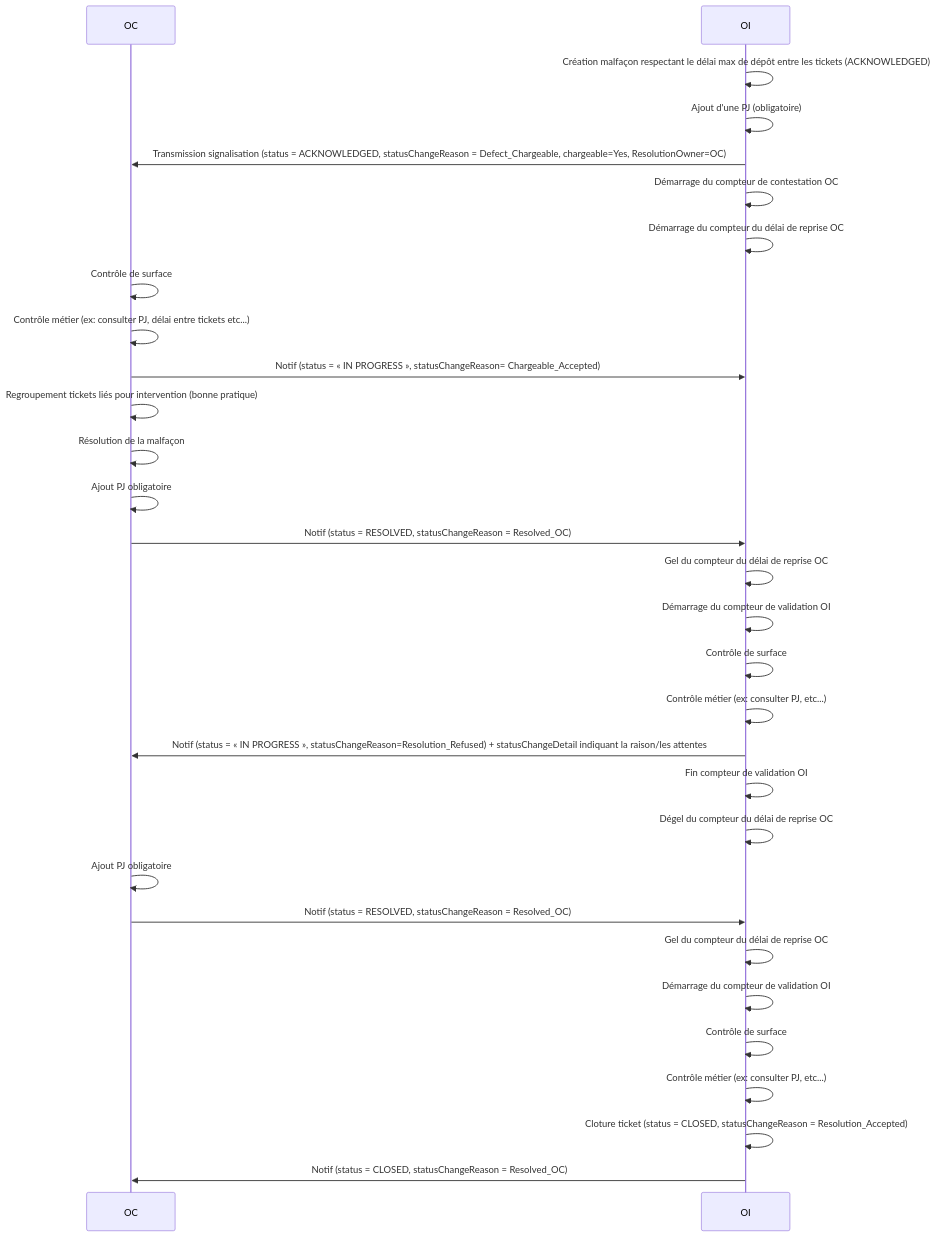
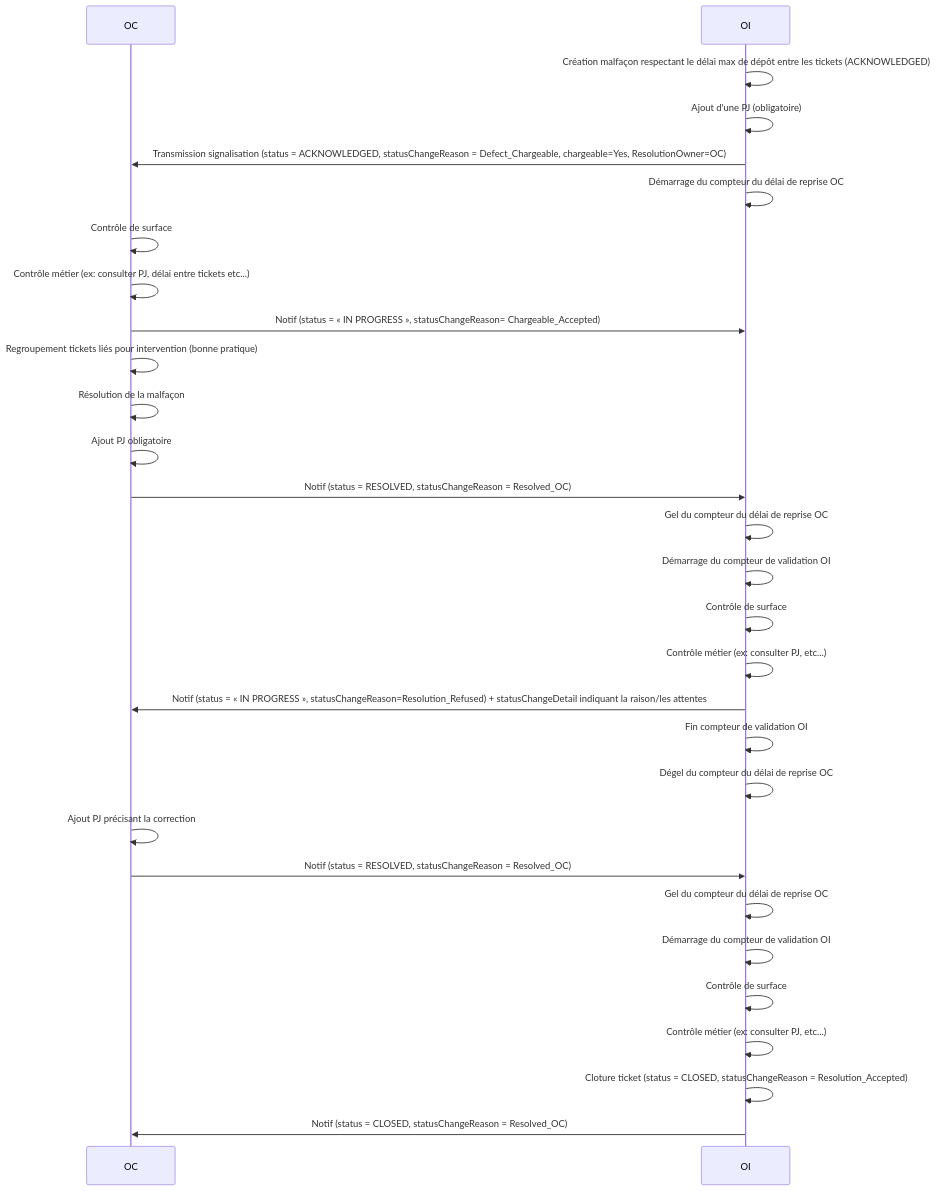
One commit to before-interop/malfacon changed the seventh of 13 diagrams in README.md. Above: the diagram before and after it, drawn with Mermaid. The commit also changed other lines of this file and 2 other files, not shown here.

````diff
--- a/README.md
+++ b/README.md
@@ -437,34 +439,33 @@
 ```mermaid
 sequenceDiagram
 
   participant OC
   participant OI
 
   OI->>OI: Création malfaçon respectant le délai max de dépôt entre les tickets (ACKNOWLEDGED)
   OI->>OI: Ajout d'une PJ (obligatoire)
   OI->>OC: Transmission signalisation (status = ACKNOWLEDGED, statusChangeReason = Defect_Chargeable, chargeable=Yes, ResolutionOwner=OC)
-  OI->>OI: Démarrage du compteur de contestation OC
   OI->>OI: Démarrage du compteur du délai de reprise OC
   OC->>OC: Contrôle de surface
   OC->>OC: Contrôle métier (ex: consulter PJ, délai entre tickets etc...)
   OC->>OI: Notif (status = « IN PROGRESS », statusChangeReason= Chargeable_Accepted)
   OC->>OC: Regroupement tickets liés pour intervention (bonne pratique)
   OC->>OC: Résolution de la malfaçon
   OC->>OC: Ajout PJ obligatoire
   OC->>OI: Notif (status = RESOLVED, statusChangeReason = Resolved_OC)
   OI->>OI: Gel du compteur du délai de reprise OC
   OI->>OI: Démarrage du compteur de validation OI
   OI->>OI: Contrôle de surface
   OI->>OI: Contrôle métier (ex: consulter PJ, etc...)
   OI->>OC: Notif (status = « IN PROGRESS », statusChangeReason=Resolution_Refused) + statusChangeDetail indiquant la raison/les attentes
   OI->>OI: Fin compteur de validation OI
   OI->>OI: Dégel du compteur du délai de reprise OC
-  OC->>OC: Ajout PJ obligatoire
+  OC->>OC: Ajout PJ précisant la correction
   OC->>OI: Notif (status = RESOLVED, statusChangeReason = Resolved_OC)
   OI->>OI: Gel du compteur du délai de reprise OC
   OI->>OI: Démarrage du compteur de validation OI
   OI->>OI: Contrôle de surface
   OI->>OI: Contrôle métier (ex: consulter PJ, etc...)
   OI->>OI: Cloture ticket (status = CLOSED, statusChangeReason = Resolution_Accepted)
   OI->>OC: Notif (status = CLOSED, statusChangeReason = Resolved_OC)
 ```
````
